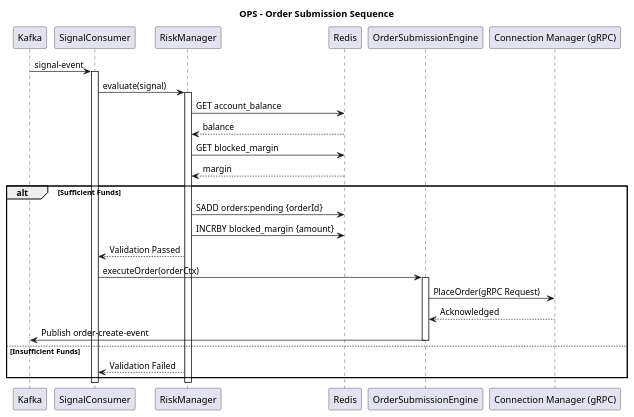
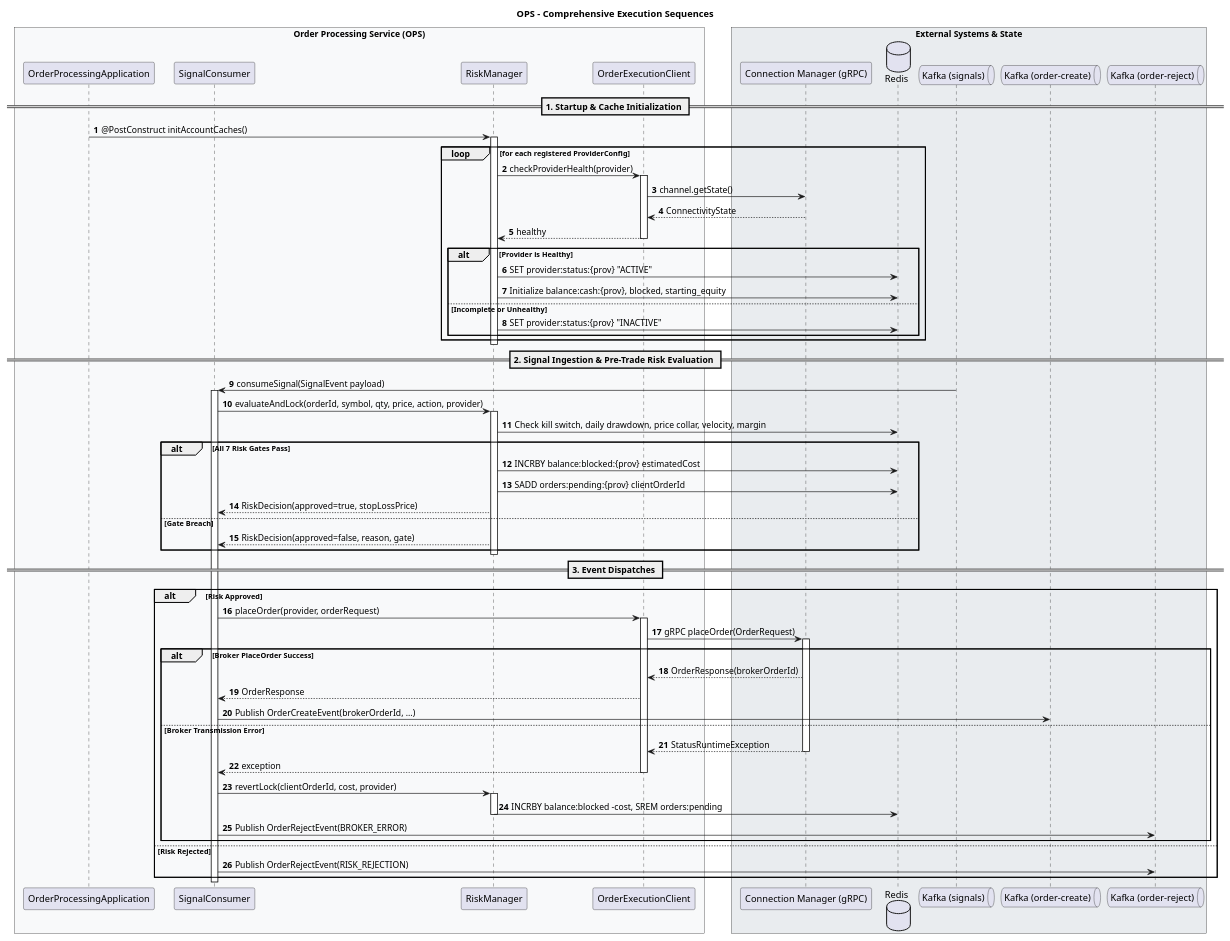
The diagram in design/lld/order-processing-service/sequences.puml (jeshupatelg/distributed-trading-system), drawn with PlantUML before and after one commit. The commit also changed 18 other files, not shown here.

Commit message:
feat(schema): centralize protobuf schema, automate maven target ingestion, and reconcile python stubs

```diff
--- a/design/lld/order-processing-service/sequences.puml
+++ b/design/lld/order-processing-service/sequences.puml
@@ -1,40 +1,87 @@
 @startuml
-title OPS - Order Submission Sequence
+title OPS - Comprehensive Execution Sequences
 
-participant "Kafka" as Kafka
-participant "SignalConsumer" as SC
-participant "RiskManager" as RM
-participant "Redis" as Redis
-participant "OrderSubmissionEngine" as OSE
-participant "Connection Manager (gRPC)" as CM
+autonumber
+skinparam BoxPadding 10
+skinparam ParticipantPadding 10
 
-Kafka -> SC : signal-event
+box "Order Processing Service (OPS)" #F8F9FA
+    participant "OrderProcessingApplication" as App
+    participant "SignalConsumer" as SC
+    participant "RiskManager" as RM
+    participant "OrderExecutionClient" as OEC
+end box
+
+box "External Systems & State" #E9ECEF
+    participant "Connection Manager (gRPC)" as CM
+    database "Redis" as Redis
+    queue "Kafka (signals)" as K_Sig
+    queue "Kafka (order-create)" as K_Create
+    queue "Kafka (order-reject)" as K_Reject
+end box
+
+== 1. Startup & Cache Initialization ==
+
+App -> RM : @PostConstruct initAccountCaches()
+activate RM
+loop for each registered ProviderConfig
+    RM -> OEC : checkProviderHealth(provider)
+    activate OEC
+    OEC -> CM : channel.getState()
+    CM --> OEC : ConnectivityState
+    OEC --> RM : healthy
+    deactivate OEC
+    alt Provider is Healthy
+        RM -> Redis : SET provider:status:{prov} "ACTIVE"
+        RM -> Redis : Initialize balance:cash:{prov}, blocked, starting_equity
+    else Incomplete or Unhealthy
+        RM -> Redis : SET provider:status:{prov} "INACTIVE"
+    end
+end
+deactivate RM
+
+== 2. Signal Ingestion & Pre-Trade Risk Evaluation ==
+
+K_Sig -> SC : consumeSignal(SignalEvent payload)
 activate SC
-SC -> RM : evaluate(signal)
+SC -> RM : evaluateAndLock(orderId, symbol, qty, price, action, provider)
 activate RM
 
-RM -> Redis : GET account_balance
-Redis --> RM : balance
-
-RM -> Redis : GET blocked_margin
-Redis --> RM : margin
-
-alt Sufficient Funds
-    RM -> Redis : SADD orders:pending {orderId}
-    RM -> Redis : INCRBY blocked_margin {amount}
-    RM --> SC : Validation Passed
-    
-    SC -> OSE : executeOrder(orderCtx)
-    activate OSE
-    OSE -> CM : PlaceOrder(gRPC Request)
-    CM --> OSE : Acknowledged
-    OSE -> Kafka : Publish order-create-event
-    deactivate OSE
-
-else Insufficient Funds
-    RM --> SC : Validation Failed
+RM -> Redis : Check kill switch, daily drawdown, price collar, velocity, margin
+alt All 7 Risk Gates Pass
+    RM -> Redis : INCRBY balance:blocked:{prov} estimatedCost
+    RM -> Redis : SADD orders:pending:{prov} clientOrderId
+    RM --> SC : RiskDecision(approved=true, stopLossPrice)
+else Gate Breach
+    RM --> SC : RiskDecision(approved=false, reason, gate)
 end
 deactivate RM
+
+== 3. Event Dispatches ==
+
+alt Risk Approved
+    SC -> OEC : placeOrder(provider, orderRequest)
+    activate OEC
+    OEC -> CM : gRPC placeOrder(OrderRequest)
+    activate CM
+    alt Broker PlaceOrder Success
+        CM --> OEC : OrderResponse(brokerOrderId)
+        OEC --> SC : OrderResponse
+        SC -> K_Create : Publish OrderCreateEvent(brokerOrderId, ...)
+    else Broker Transmission Error
+        CM --> OEC : StatusRuntimeException
+        deactivate CM
+        OEC --> SC : exception
+        deactivate OEC
+        SC -> RM : revertLock(clientOrderId, cost, provider)
+        activate RM
+        RM -> Redis : INCRBY balance:blocked -cost, SREM orders:pending
+        deactivate RM
+        SC -> K_Reject : Publish OrderRejectEvent(BROKER_ERROR)
+    end
+else Risk Rejected
+    SC -> K_Reject : Publish OrderRejectEvent(RISK_REJECTION)
+end
 deactivate SC
 
 @enduml
```
